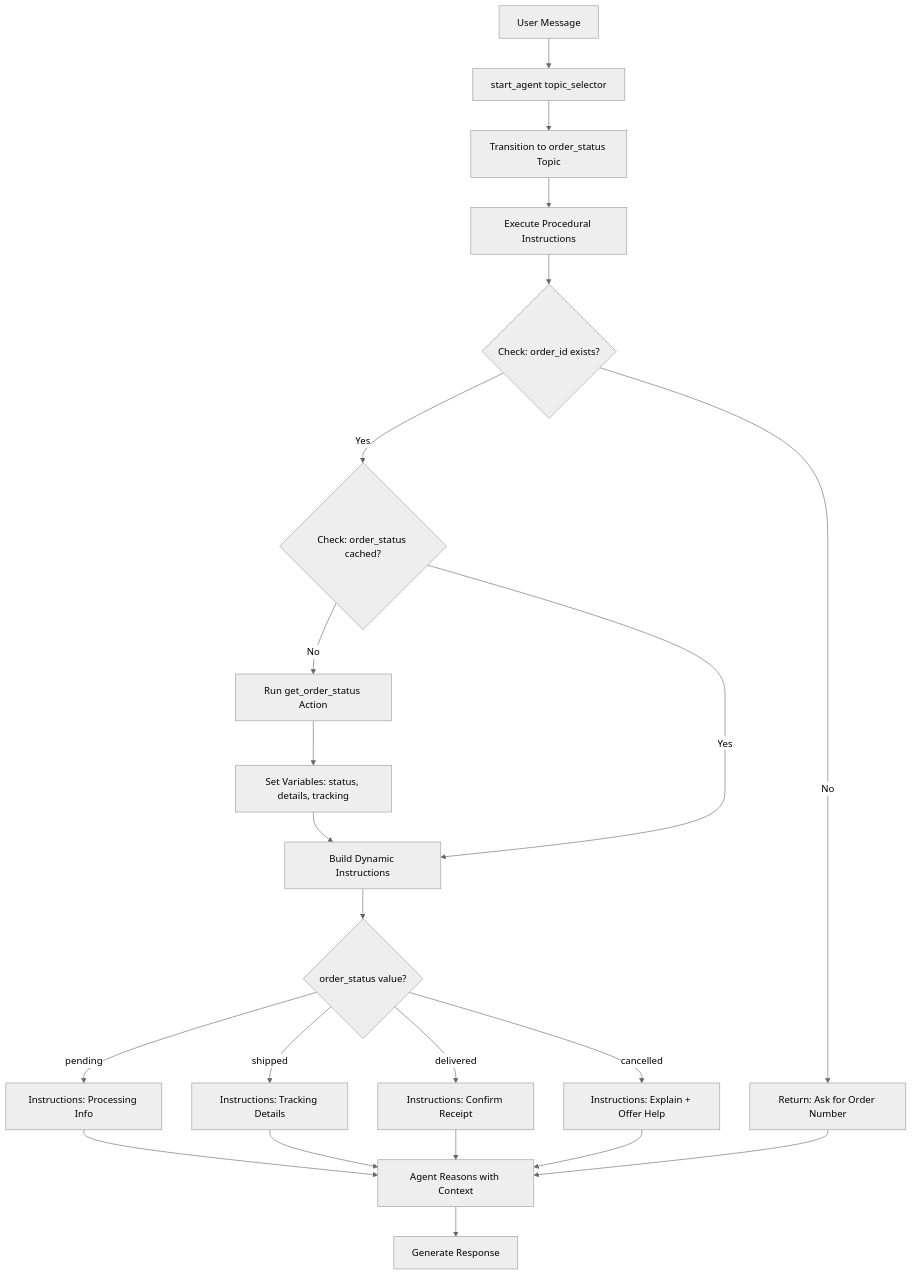
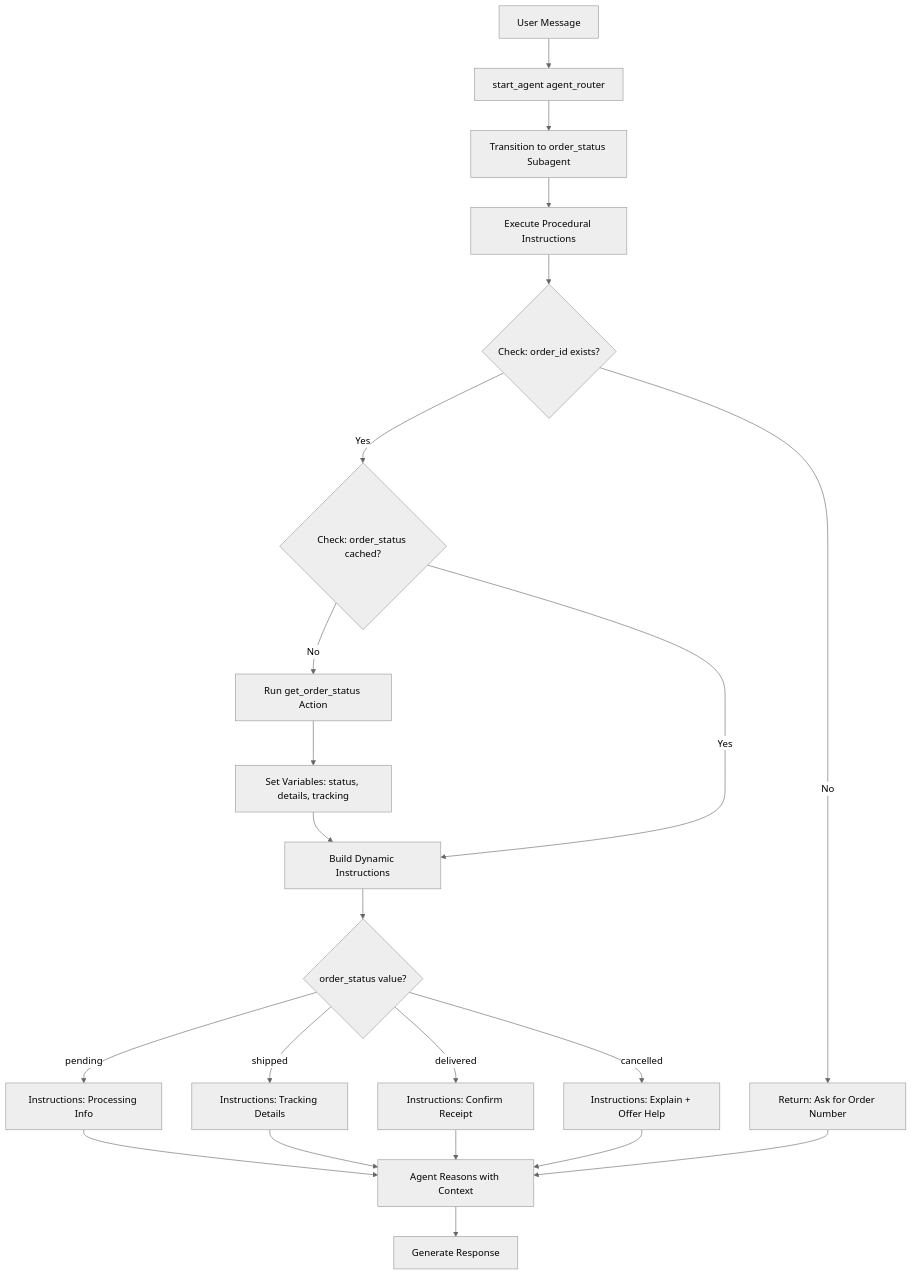
The diagram in force-app/main/03_reasoningMechanics/reasoningInstructions/README.md (trailheadapps/agent-script-recipes), drawn with Mermaid before and after one commit. The commit also changed other lines of this file and 108 other files, not shown here.

````diff
--- a/force-app/main/03_reasoningMechanics/reasoningInstructions/README.md
+++ b/force-app/main/03_reasoningMechanics/reasoningInstructions/README.md
@@ -9,25 +9,25 @@
 ```mermaid
 %%{init: {'theme':'neutral'}}%%
 graph TD
-    A[User Message] --> B[start_agent topic_selector]
-    B --> C[Transition to order_status Topic]
+    A[User Message] --> B[start_agent agent_router]
+    B --> C[Transition to order_status Subagent]
     C --> D[Execute Procedural Instructions]
     D --> E{Check: order_id exists?}
     E -->|No| F[Return: Ask for Order Number]
     E -->|Yes| G{Check: order_status cached?}
     G -->|No| H[Run get_order_status Action]
     H --> I[Set Variables: status, details, tracking]
     I --> J[Build Dynamic Instructions]
     G -->|Yes| J
     J --> K{order_status value?}
     K -->|pending| L[Instructions: Processing Info]
     K -->|shipped| M[Instructions: Tracking Details]
     K -->|delivered| N[Instructions: Confirm Receipt]
     K -->|cancelled| O[Instructions: Explain + Offer Help]
     L --> P[Agent Reasons with Context]
     M --> P
     N --> P
     O --> P
     F --> P
     P --> Q[Generate Response]
 ```
````
